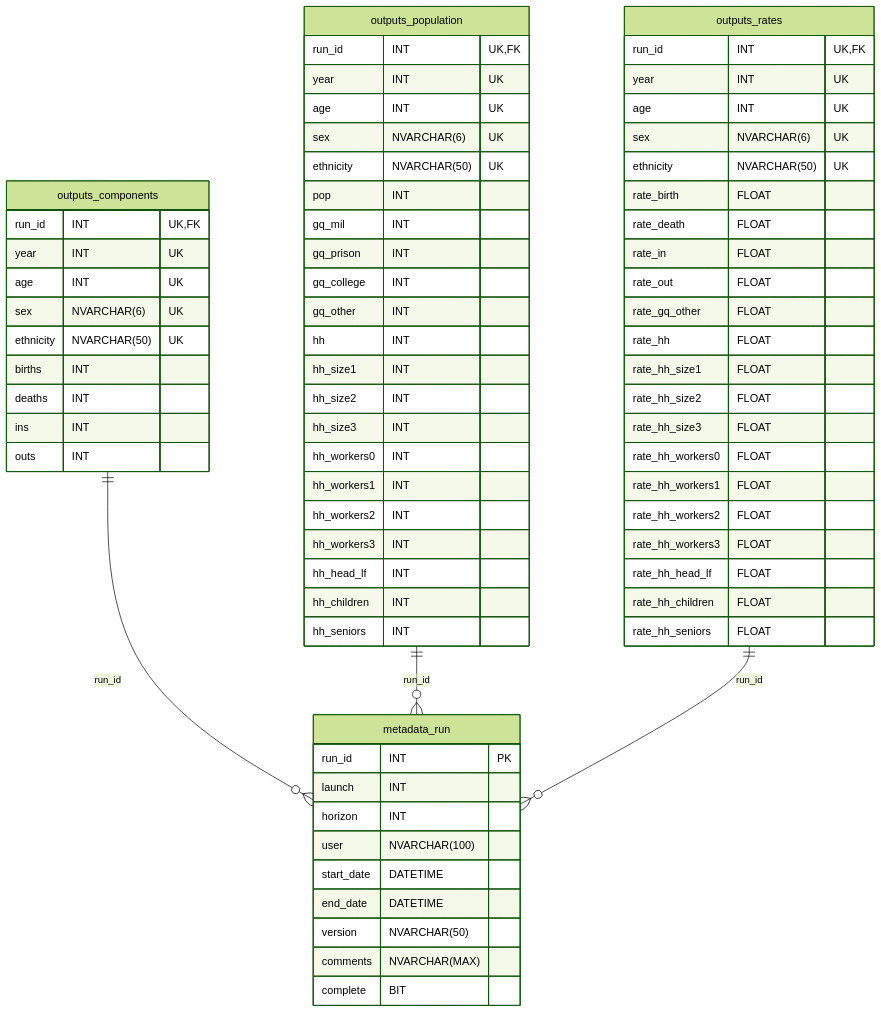
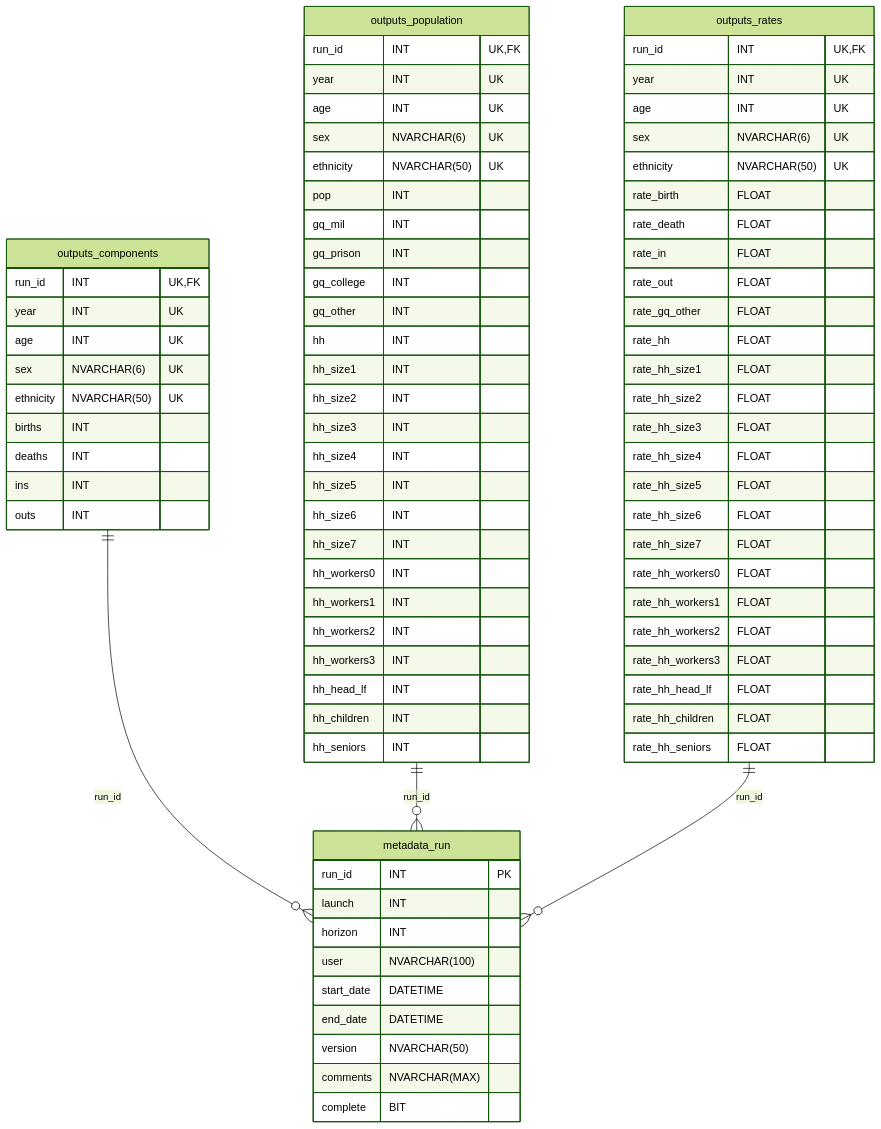
One commit to SANDAG/Cohort-Component-Model changed the diagram in README.md. Above: the diagram before and after it, drawn with Mermaid (forest theme). The commit also changed 5 other files, not shown here.

```diff
--- a/README.md
+++ b/README.md
@@ -123,6 +123,10 @@
         hh_size1 INT
         hh_size2 INT
         hh_size3 INT
+        hh_size4 INT
+        hh_size5 INT
+        hh_size6 INT
+        hh_size7 INT
         hh_workers0 INT
         hh_workers1 INT
         hh_workers2 INT
@@ -147,6 +151,10 @@
         rate_hh_size1 FLOAT
         rate_hh_size2 FLOAT
         rate_hh_size3 FLOAT
+        rate_hh_size4 FLOAT
+        rate_hh_size5 FLOAT
+        rate_hh_size6 FLOAT
+        rate_hh_size7 FLOAT
         rate_hh_workers0 FLOAT
         rate_hh_workers1 FLOAT
         rate_hh_workers2 FLOAT
```
